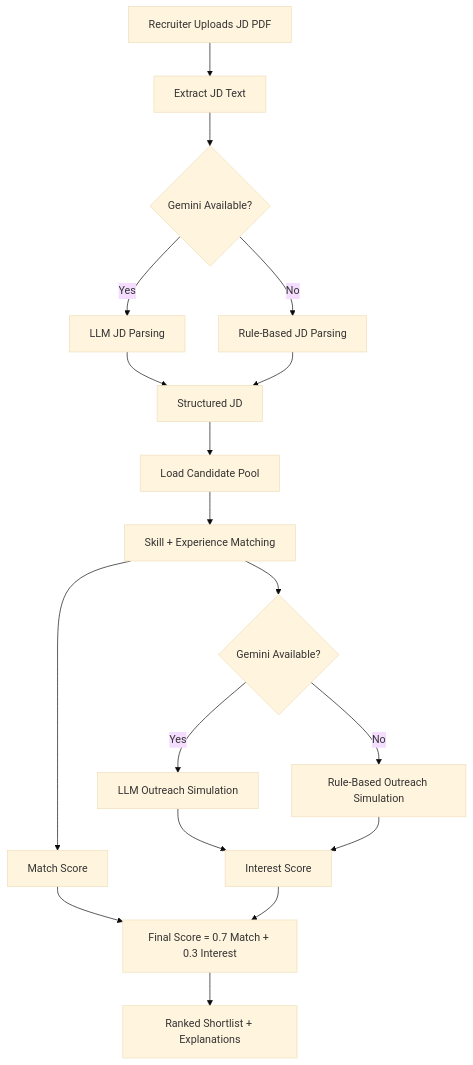
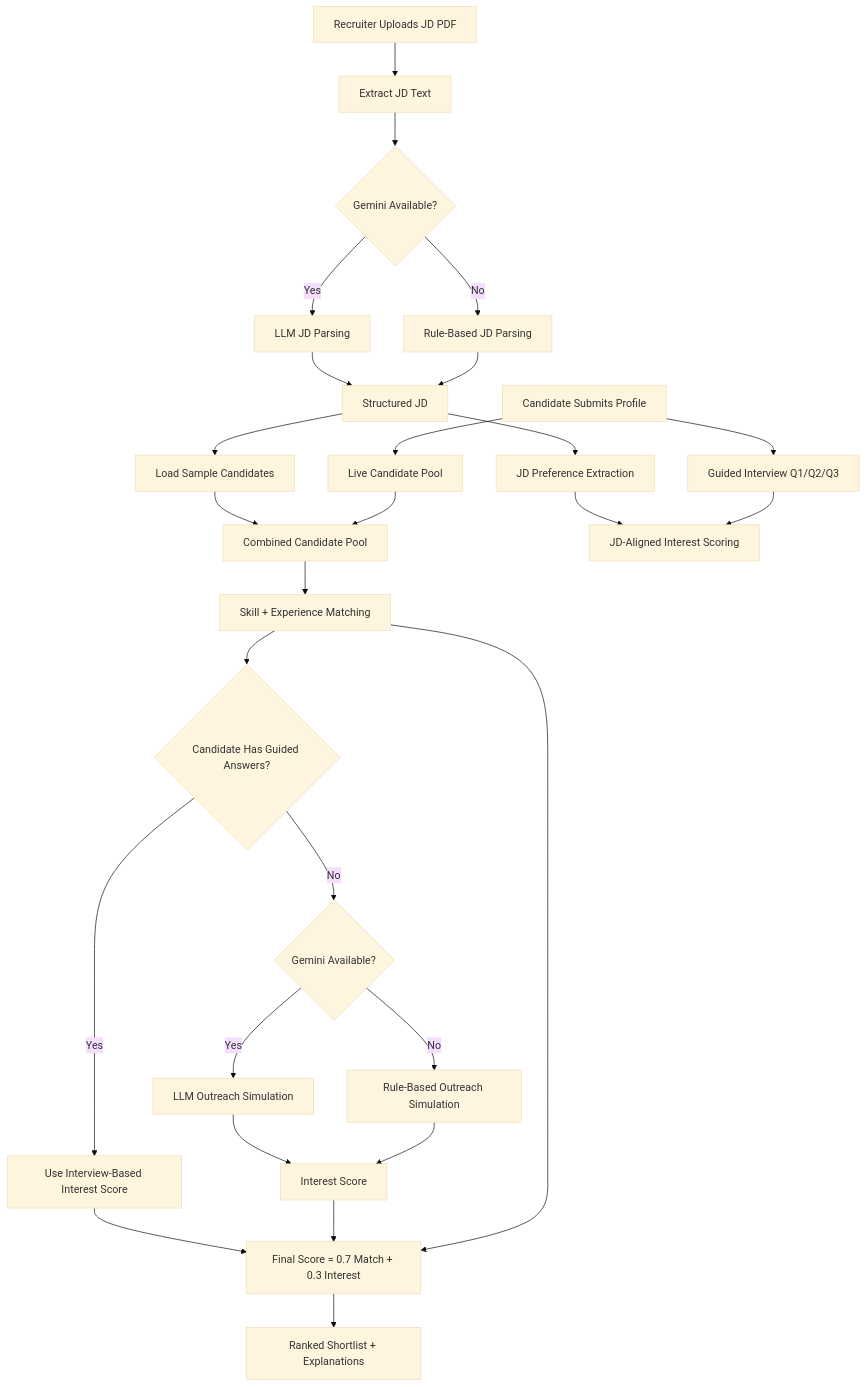
The diagram in ARCHITECTURE.md (whyvy-code/AI-Talent-Scouting-Agent), drawn with Mermaid (base theme) before and after one commit. The commit also changed other lines of this file and 4 other files, not shown here.

Commit message:
Improve live interview UX with key-box collapse and auto-scroll/selection

````diff
--- a/ARCHITECTURE.md
+++ b/ARCHITECTURE.md
@@ -27,20 +42,29 @@
 ```mermaid
 flowchart TD
-    A[Recruiter Uploads JD PDF] --> B[Extract JD Text]
-    B --> C{Gemini Available?}
-    C -- Yes --> D[LLM JD Parsing]
-    C -- No --> E[Rule-Based JD Parsing]
-    D --> F[Structured JD]
-    E --> F
-    F --> G[Load Candidate Pool]
-    G --> H[Skill + Experience Matching]
-    H --> I{Gemini Available?}
-    I -- Yes --> J[LLM Outreach Simulation]
-    I -- No --> K[Rule-Based Outreach Simulation]
-    J --> L[Interest Score]
+    A[Candidate Submits Profile] --> B[Guided Interview Q1/Q2/Q3]
+    D[Recruiter Uploads JD PDF] --> E[Extract JD Text]
+    E --> F{Gemini Available?}
+    F -- Yes --> G[LLM JD Parsing]
+    F -- No --> H[Rule-Based JD Parsing]
+    G --> I[Structured JD]
+    H --> I
+    I --> V[JD Preference Extraction]
+    I --> J[Load Sample Candidates]
+    A --> K[Live Candidate Pool]
+    J --> L[Combined Candidate Pool]
     K --> L
-    H --> M[Match Score]
-    M --> N[Final Score = 0.7 Match + 0.3 Interest]
-    L --> N
-    N --> O[Ranked Shortlist + Explanations]
+    L --> M[Skill + Experience Matching]
+    V --> C[JD-Aligned Interest Scoring]
+    B --> C
+    M --> N{Candidate Has Guided Answers?}
+    N -- Yes --> O[Use Interview-Based Interest Score]
+    N -- No --> P{Gemini Available?}
+    P -- Yes --> Q[LLM Outreach Simulation]
+    P -- No --> R[Rule-Based Outreach Simulation]
+    Q --> S[Interest Score]
+    R --> S
+    O --> T[Final Score = 0.7 Match + 0.3 Interest]
+    S --> T
+    M --> T
+    T --> U[Ranked Shortlist + Explanations]
 ```
````
